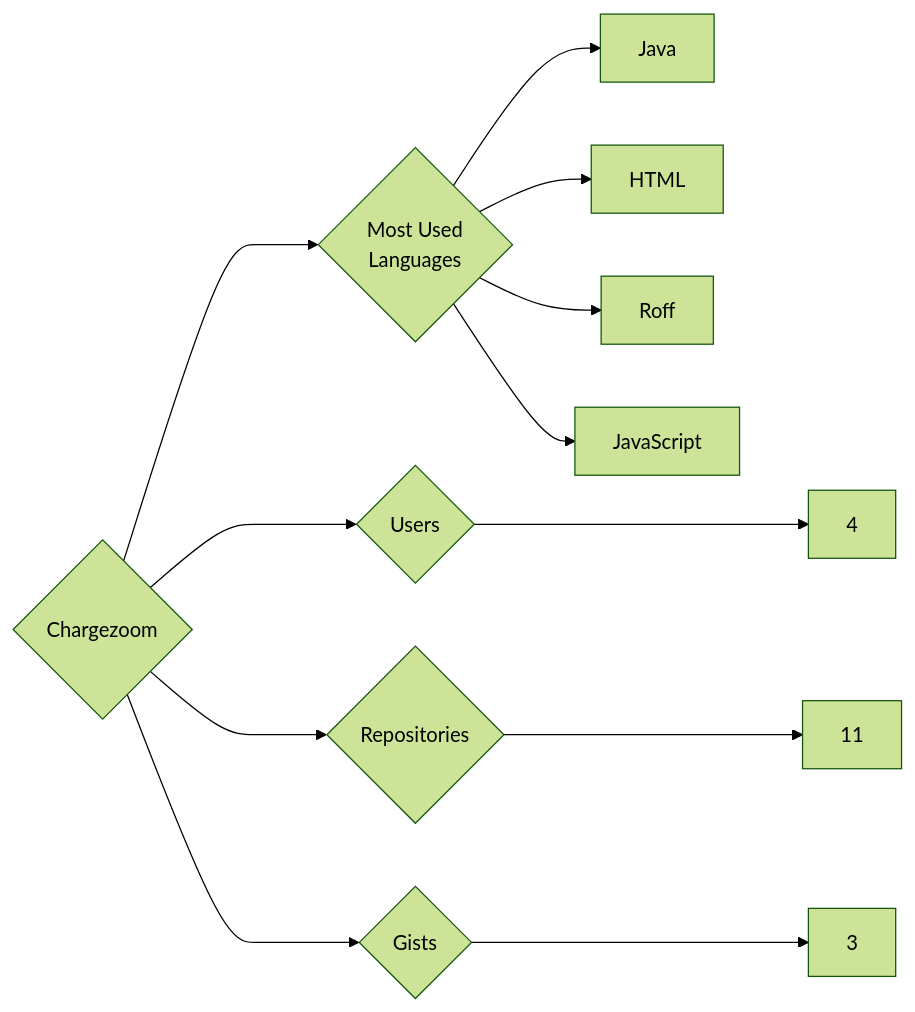
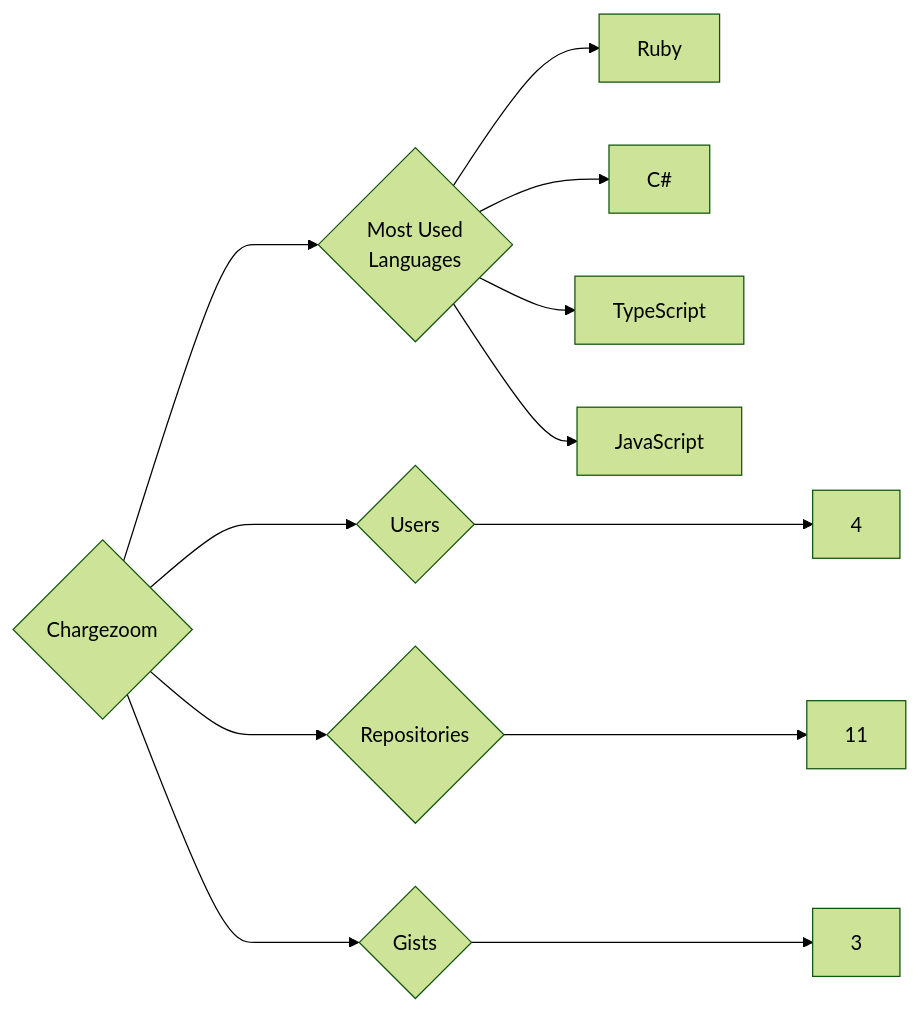
One commit to trickest/insiders changed the diagram in targets/Chargezoom/README.md. Above: the diagram before and after it, drawn with Mermaid (forest theme). The commit also changed 1078 other files, not shown here.

````diff
--- a/targets/Chargezoom/README.md
+++ b/targets/Chargezoom/README.md
@@ -3,12 +3,12 @@
 ```mermaid
 graph LR
 COMPANY_NAME{Chargezoom}
 COMPANY_NAME ---> U{Users} ---> UN[4]
 COMPANY_NAME ---> R{Repositories} ---> RN[11]
 COMPANY_NAME ---> G{Gists} ---> GN[3]
 COMPANY_NAME ---> ML{Most Used<br>Languages}
-ML --> Java[Java]
-ML --> HTML[HTML]
-ML --> Roff[Roff]
+ML --> Ruby[Ruby]
+ML --> C#[C#]
+ML --> TypeScript[TypeScript]
 ML --> JavaScript[JavaScript]
 ```
````
